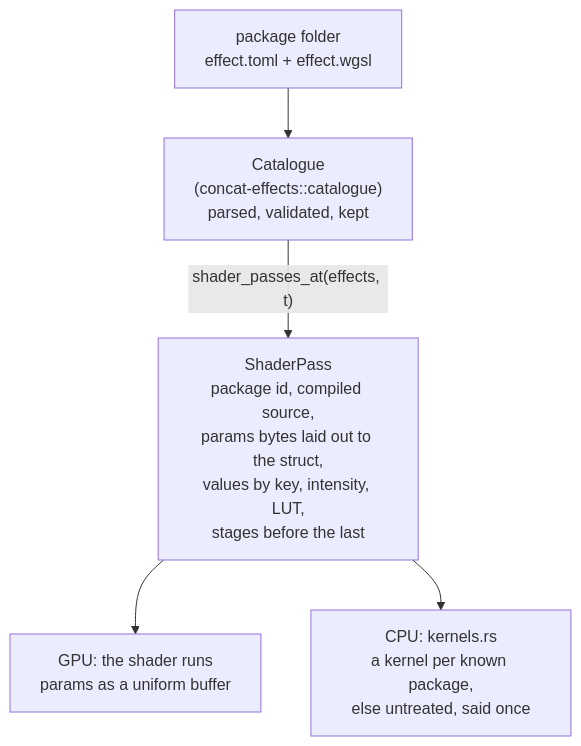
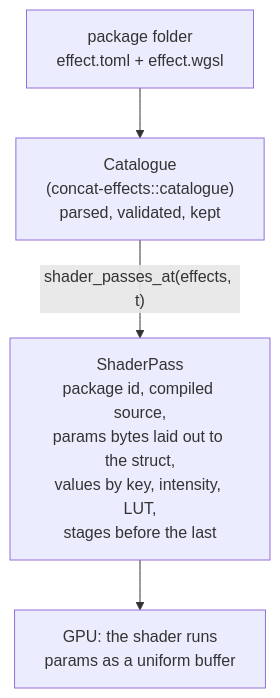
Before and after one commit to jub0t/Concat: the third of 7 diagrams in ARCHITECTURE.md, drawn with Mermaid. The commit also changed other lines of this file and 217 other files, not shown here.

````diff
--- a/ARCHITECTURE.md
+++ b/ARCHITECTURE.md
@@ -161,13 +162,11 @@
 ```mermaid
 flowchart TD
     pkg["package folder<br/>effect.toml + effect.wgsl"]
     cat["Catalogue<br/>(concat-effects::catalogue)<br/>parsed, validated, kept"]
     pass["ShaderPass<br/>package id, compiled source,<br/>params bytes laid out to the struct,<br/>values by key, intensity, LUT,<br/>stages before the last"]
     gpu["GPU: the shader runs<br/>params as a uniform buffer"]
-    cpu["CPU: kernels.rs<br/>a kernel per known package,<br/>else untreated, said once"]
 
     pkg --> cat
     cat -- "shader_passes_at(effects, t)" --> pass
     pass --> gpu
-    pass --> cpu
 ```
````
